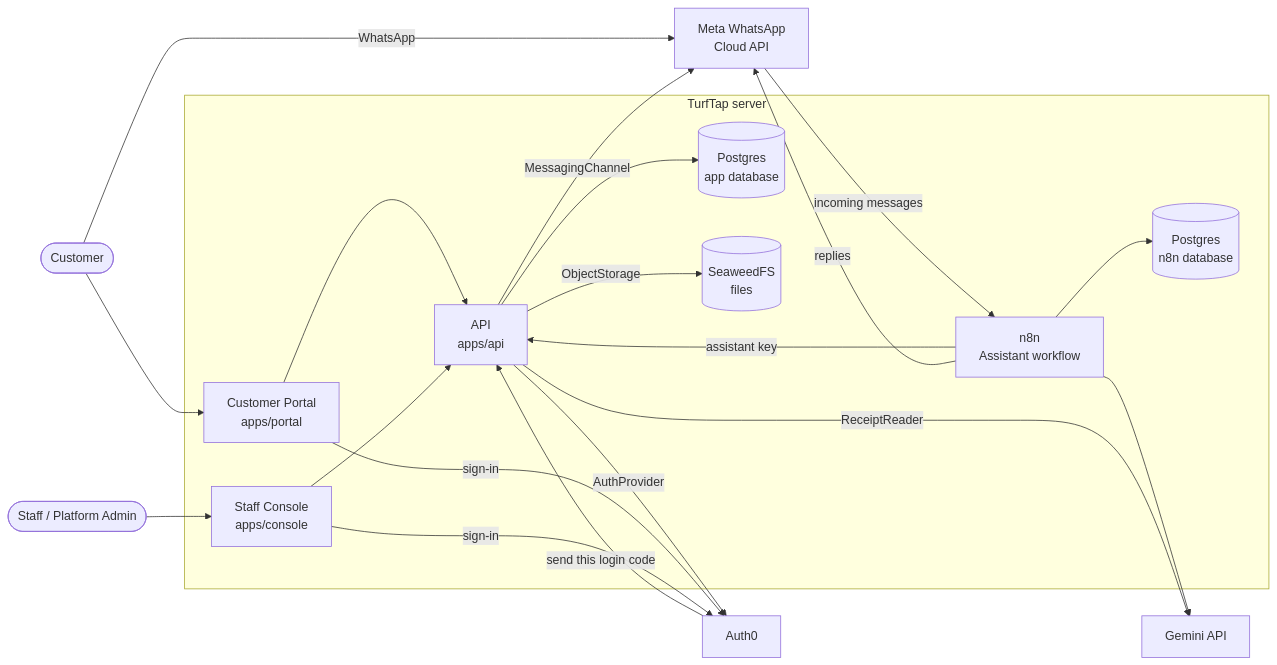
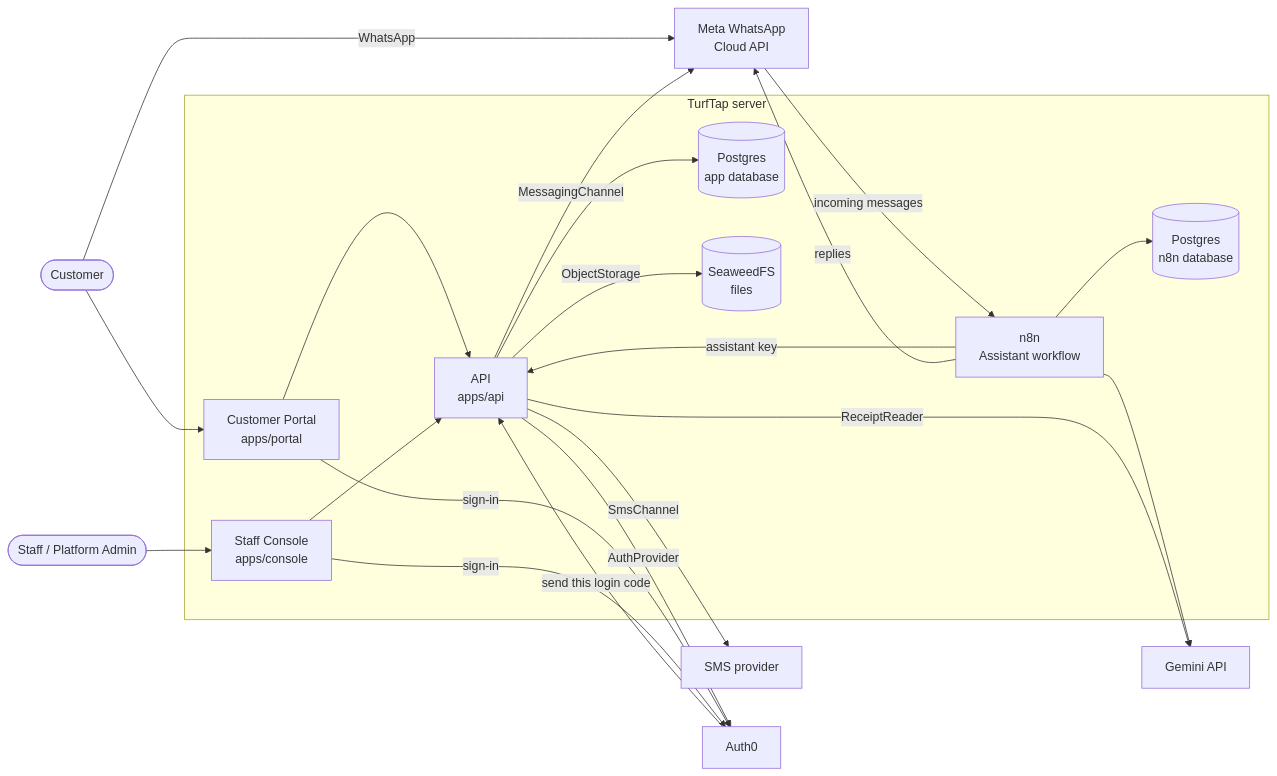
Before and after one commit to Nasrullaunais/Merivo-Turftap: the diagram in docs/architecture/README.md, drawn with Mermaid. The commit also changed other lines of this file and 32 other files, not shown here.

````diff
--- a/docs/architecture/README.md
+++ b/docs/architecture/README.md
@@ -7,38 +7,40 @@
 ```mermaid
 flowchart LR
   customer([Customer])
   staff([Staff / Platform Admin])
 
   subgraph turftap[TurfTap server]
     portal[Customer Portal<br/>apps/portal]
     console[Staff Console<br/>apps/console]
     api[API<br/>apps/api]
     n8n[n8n<br/>Assistant workflow]
     pg[(Postgres<br/>app database)]
     n8ndb[(Postgres<br/>n8n database)]
     seaweed[(SeaweedFS<br/>files)]
   end
 
   meta[Meta WhatsApp<br/>Cloud API]
+  sms[SMS provider]
   auth0[Auth0]
   gemini[Gemini API]
 
   customer --> portal
   customer -- WhatsApp --> meta
   staff --> console
   portal --> api
   console --> api
   meta -- incoming messages --> n8n
   n8n -- assistant key --> api
   n8n --> n8ndb
   n8n -- replies --> meta
   n8n --> gemini
   api --> pg
   api -- ObjectStorage --> seaweed
   api -- MessagingChannel --> meta
+  api -- SmsChannel --> sms
   api -- ReceiptReader --> gemini
   api -- AuthProvider --> auth0
   auth0 -- "send this login code" --> api
   portal -- sign-in --> auth0
   console -- sign-in --> auth0
 ```
````
